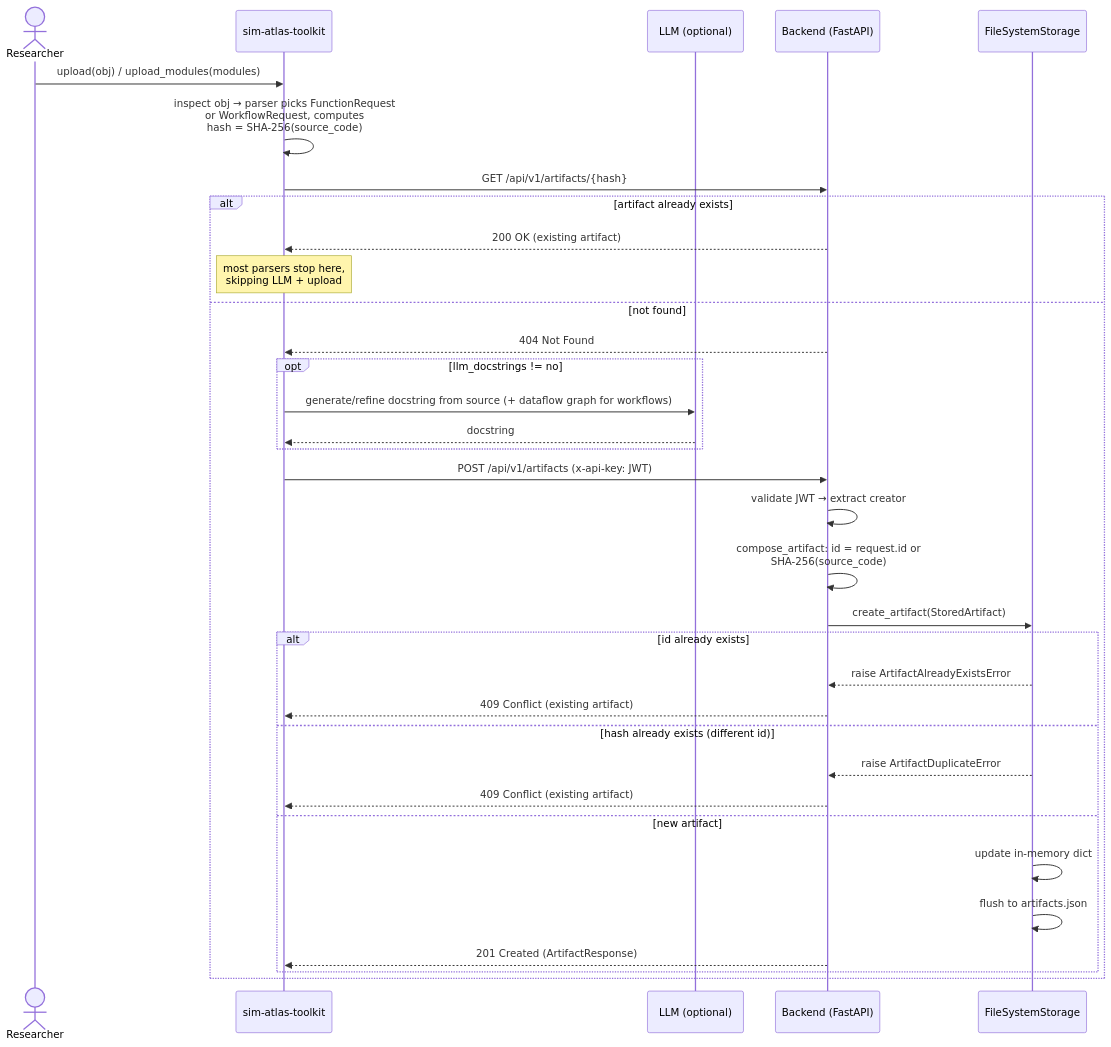
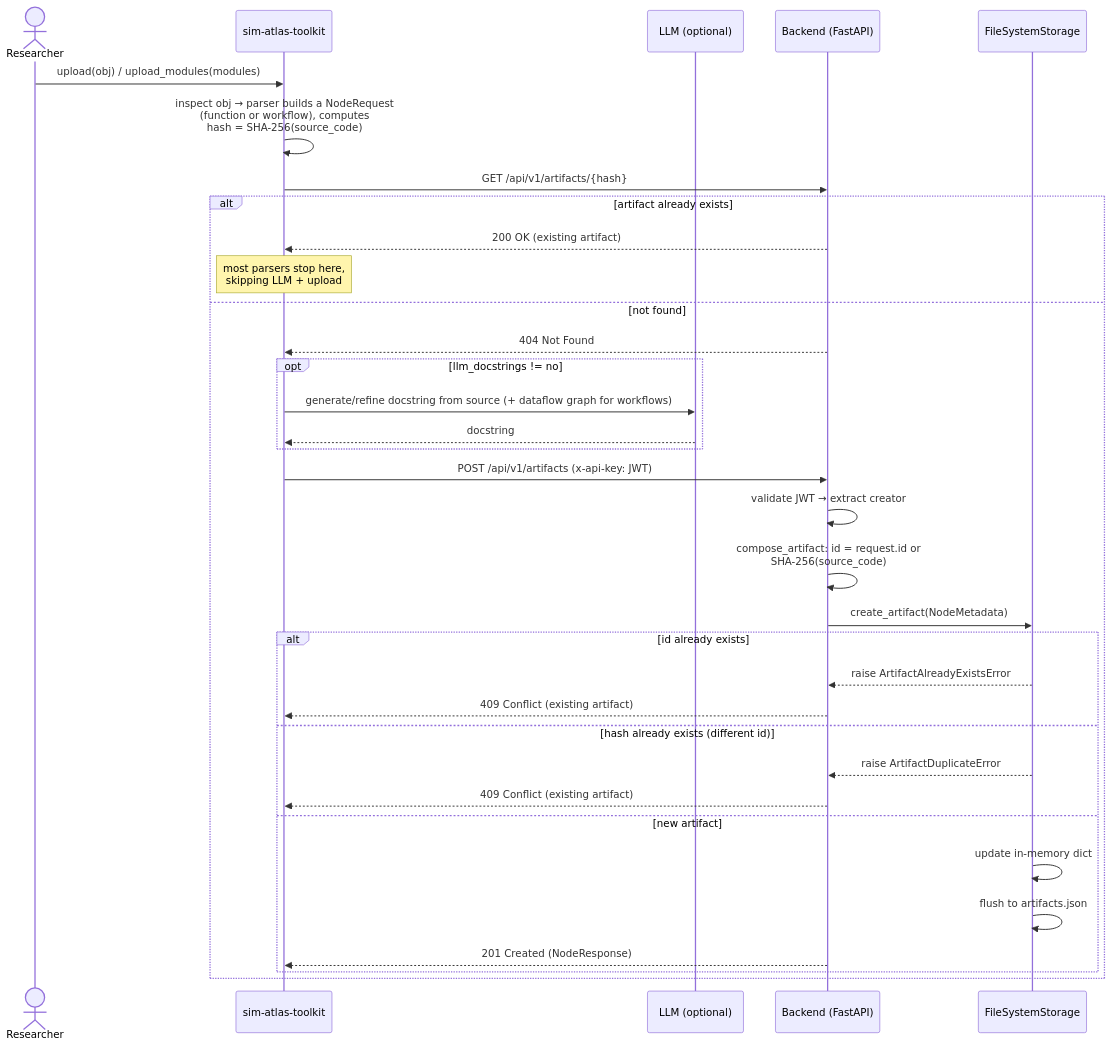
The second of 3 diagrams in docs/architecture.md (XzzX/sim_atlas), drawn with Mermaid before and after one commit. The commit also changed other lines of this file and 47 other files, not shown here.

````diff
--- a/docs/architecture.md
+++ b/docs/architecture.md
@@ -91,37 +91,37 @@
 ```mermaid
 sequenceDiagram
     actor R as Researcher
     participant T as sim-atlas-toolkit
     participant L as LLM (optional)
     participant B as Backend (FastAPI)
     participant S as FileSystemStorage
 
     R->>T: upload(obj) / upload_modules(modules)
-    T->>T: inspect obj → parser picks FunctionRequest<br/>or WorkflowRequest, computes<br/>hash = SHA-256(source_code)
+    T->>T: inspect obj → parser builds a NodeRequest<br/>(function or workflow), computes<br/>hash = SHA-256(source_code)
     T->>B: GET /api/v1/artifacts/{hash}
     alt artifact already exists
         B-->>T: 200 OK (existing artifact)
         Note over T: most parsers stop here,<br/>skipping LLM + upload
     else not found
         B-->>T: 404 Not Found
         opt llm_docstrings != no
             T->>L: generate/refine docstring from source (+ dataflow graph for workflows)
             L-->>T: docstring
         end
         T->>B: POST /api/v1/artifacts (x-api-key: JWT)
         B->>B: validate JWT → extract creator
         B->>B: compose_artifact: id = request.id or<br/>SHA-256(source_code)
-        B->>S: create_artifact(StoredArtifact)
+        B->>S: create_artifact(NodeMetadata)
         alt id already exists
             S-->>B: raise ArtifactAlreadyExistsError
             B-->>T: 409 Conflict (existing artifact)
         else hash already exists (different id)
             S-->>B: raise ArtifactDuplicateError
             B-->>T: 409 Conflict (existing artifact)
         else new artifact
             S->>S: update in-memory dict
             S->>S: flush to artifacts.json
-            B-->>T: 201 Created (ArtifactResponse)
+            B-->>T: 201 Created (NodeResponse)
         end
     end
 ```
````
